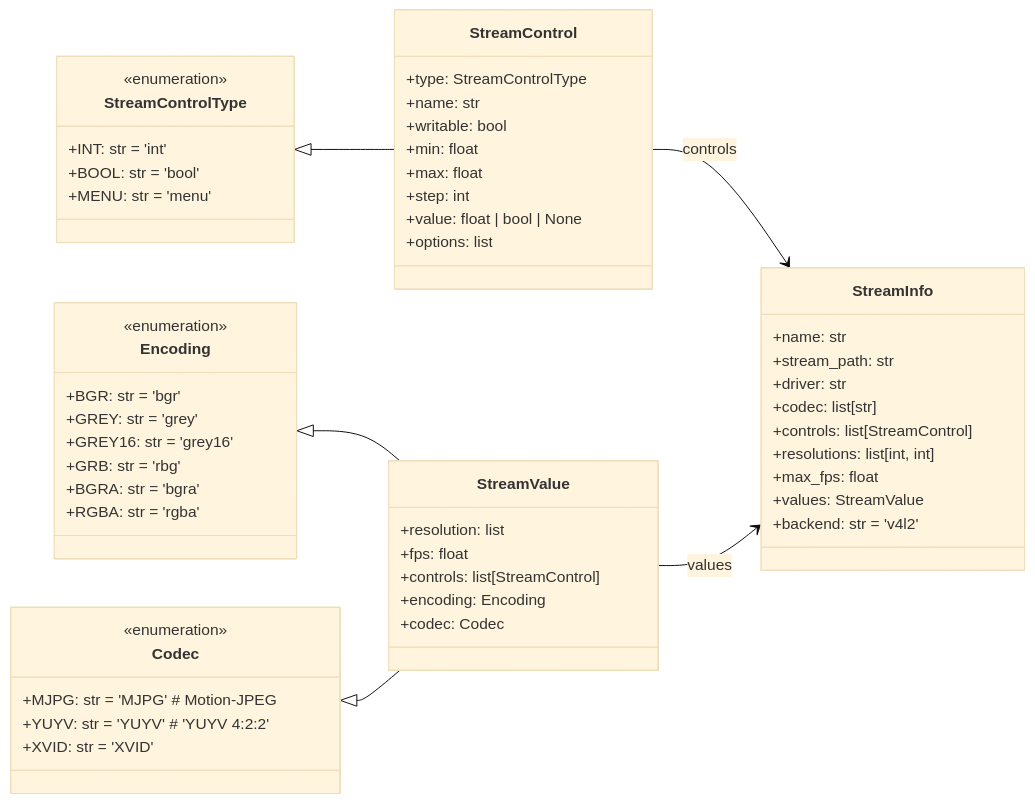
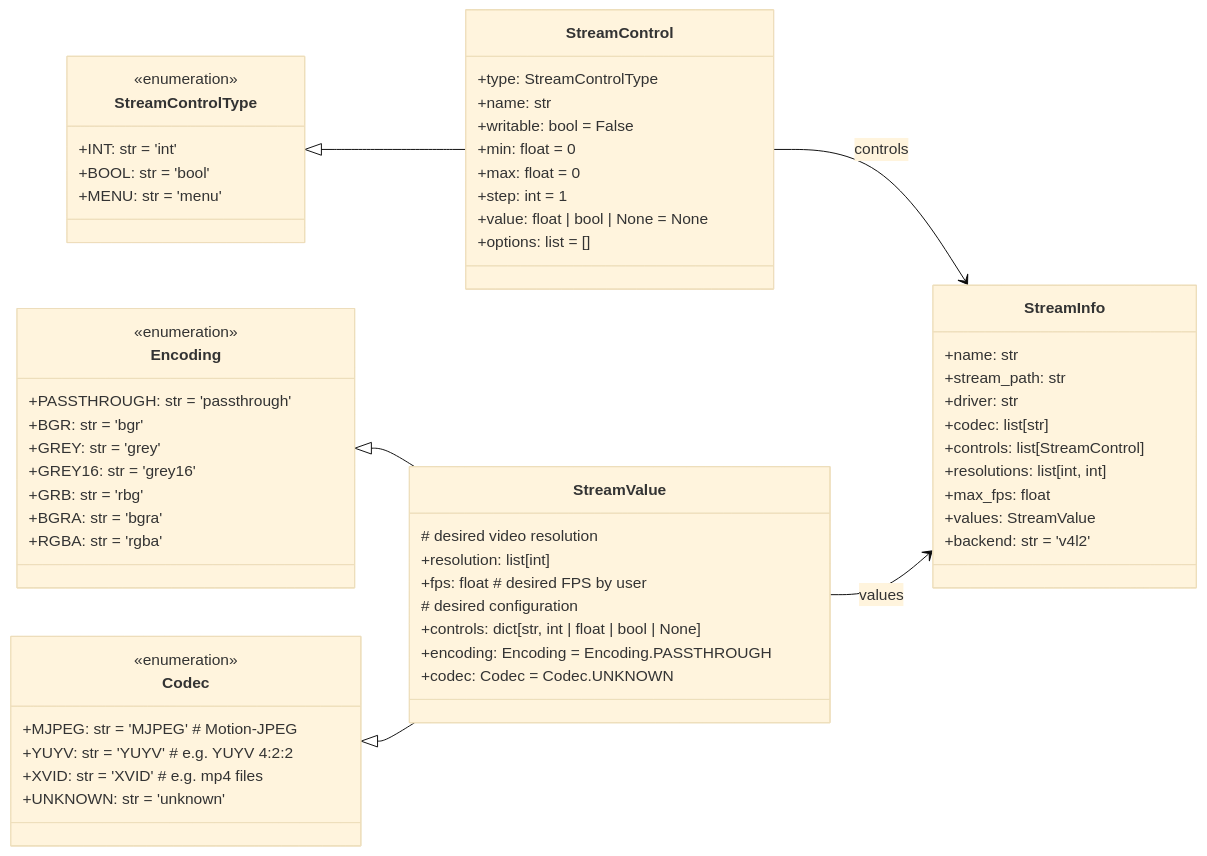
One commit to brean/video_stream_data changed the diagram in README.md. Above: the diagram before and after it, drawn with Mermaid (base theme). The commit also changed 3 other files, not shown here.

````diff
--- a/README.md
+++ b/README.md
@@ -22,67 +22,71 @@
 ```mermaid
 classDiagram
     direction LR
 
     class StreamControlType {
         <<enumeration>>
         +INT: str = 'int'
         +BOOL: str = 'bool'
         +MENU: str = 'menu'
     }
 
     class Encoding {
         <<enumeration>>
+        +PASSTHROUGH: str = 'passthrough'
         +BGR: str = 'bgr'
         +GREY: str = 'grey'
         +GREY16: str = 'grey16'
         +GRB: str = 'rbg'
         +BGRA: str = 'bgra'
         +RGBA: str = 'rgba'
 
     }
 
     class Codec {
         <<enumeration>>
-        +MJPG: str = 'MJPG'  # Motion-JPEG
-        +YUYV: str = 'YUYV'  # 'YUYV 4:2:2'
-        +XVID: str = 'XVID'
+        +MJPEG: str = 'MJPEG'  # Motion-JPEG
+        +YUYV: str = 'YUYV'  # e.g. YUYV 4:2:2
+        +XVID: str = 'XVID'  # e.g. mp4 files
+        +UNKNOWN: str = 'unknown'
     }
 
     class StreamControl {
         +type: StreamControlType
         +name: str
-        +writable: bool
-        +min: float
-        +max: float
-        +step: int
-        +value: float | bool | None
-        +options: list
+        +writable: bool = False
+        +min: float = 0
+        +max: float = 0
+        +step: int = 1
+        +value: float | bool | None = None
+        +options: list = []
     }
 
     class StreamValue {
-        +resolution: list
-        +fps: float
-        +controls: list[StreamControl]
-        +encoding: Encoding
-        +codec: Codec
+        # desired video resolution
+        +resolution: list[int]
+        +fps: float  # desired FPS by user
+        # desired configuration
+        +controls: dict[str, int | float | bool | None]
+        +encoding: Encoding = Encoding.PASSTHROUGH
+        +codec: Codec = Codec.UNKNOWN
     }
 
     class StreamInfo {
         +name: str
         +stream_path: str
         +driver: str
         +codec: list[str]
         +controls: list[StreamControl]
         +resolutions: list[int, int]
         +max_fps: float
         +values: StreamValue
         +backend: str = 'v4l2'
     }
 
     StreamControlType <|-- StreamControl
     Encoding <|-- StreamValue
     Codec <|-- StreamValue
     StreamControl --> StreamInfo : controls
     StreamValue --> StreamInfo : values
 
 ```
````
